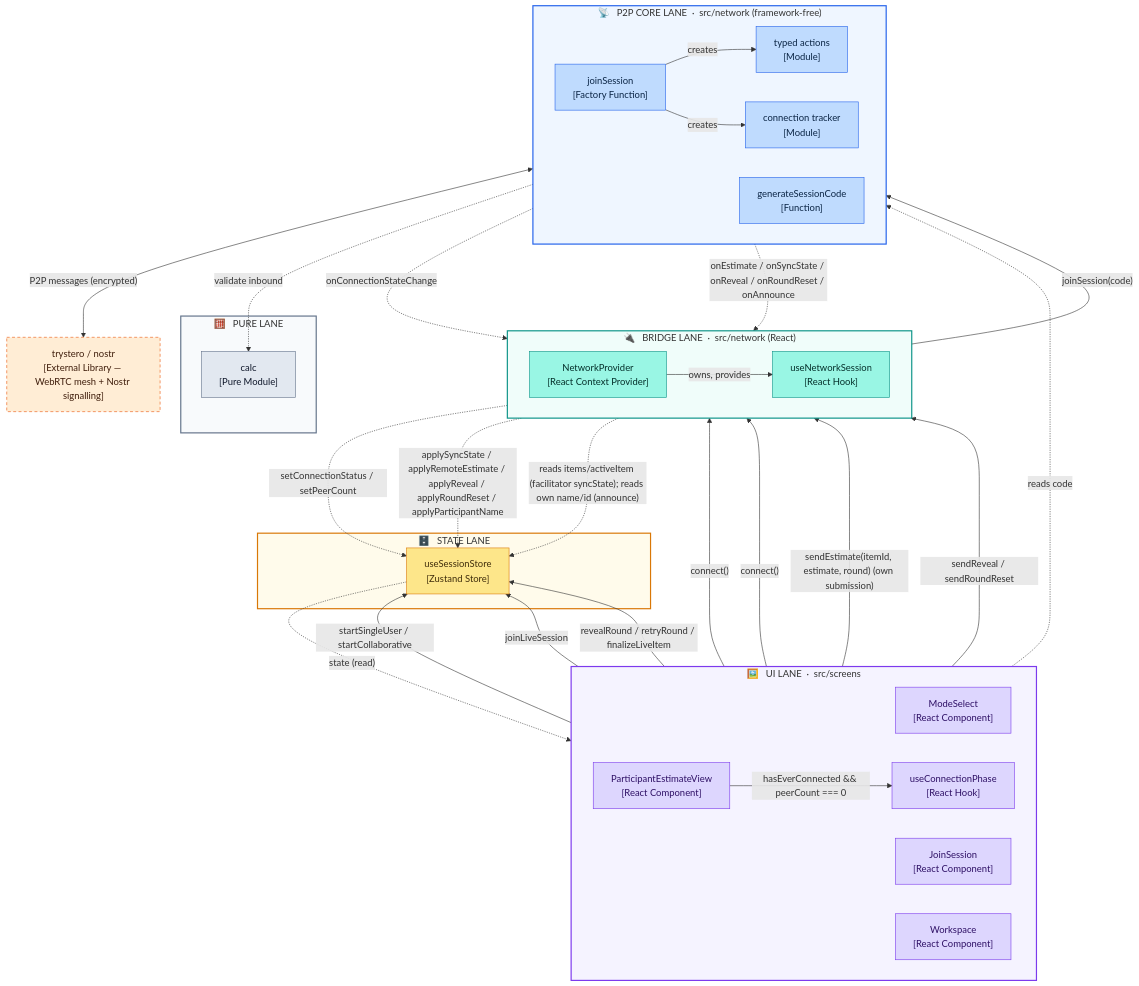
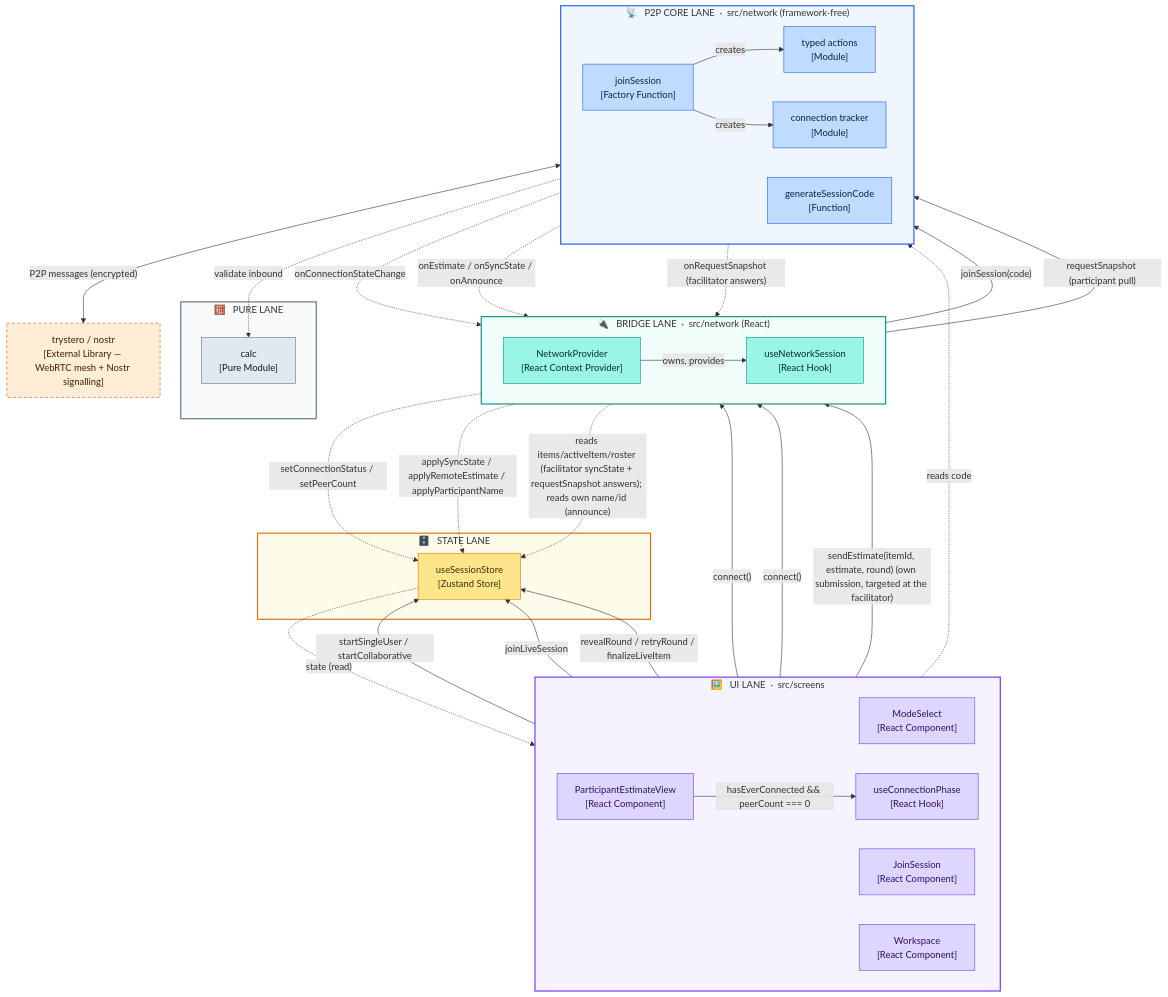
One commit to cfisch3r/estimate changed the first of 8 diagrams in docs/concepts/collaboration-mode.md. Above: the diagram before and after it, drawn with Mermaid. The commit also changed other lines of this file and 17 other files, not shown here.

First line of the commit message:
Facilitator-authoritative round state + values-free roster, pulled on connect (#67)

````diff
--- a/docs/concepts/collaboration-mode.md
+++ b/docs/concepts/collaboration-mode.md
@@ -23,81 +26,82 @@
 ```mermaid
 flowchart TD
   subgraph screens["🖼️ &nbsp; UI LANE &nbsp;·&nbsp; src/screens"]
     direction LR
     MS["ModeSelect<br/>[React Component]"]
     JS["JoinSession<br/>[React Component]"]
     PEV["ParticipantEstimateView<br/>[React Component]"]
     WS["Workspace<br/>[React Component]"]
     UCP["useConnectionPhase<br/>[React Hook]"]
   end
 
   subgraph statelane["🗄️ &nbsp; STATE LANE"]
     Store["useSessionStore<br/>[Zustand Store]"]
   end
 
   subgraph bridge["🔌 &nbsp; BRIDGE LANE &nbsp;·&nbsp; src/network (React)"]
     direction LR
     NP["NetworkProvider<br/>[React Context Provider]"]
     Hook["useNetworkSession<br/>[React Hook]"]
   end
 
   subgraph core["📡 &nbsp; P2P CORE LANE &nbsp;·&nbsp; src/network (framework-free)"]
     direction LR
     JSN["joinSession<br/>[Factory Function]"]
     Act["typed actions<br/>[Module]"]
     Conn["connection tracker<br/>[Module]"]
     Code["generateSessionCode<br/>[Function]"]
   end
 
   subgraph purelane["🧮 &nbsp; PURE LANE"]
     Calc["calc<br/>[Pure Module]"]
   end
 
   Trystero["trystero / nostr<br/>[External Library — WebRTC mesh + Nostr signalling]"]
 
   %% --- synchronous calls (solid) ---
   MS -->|"startSingleUser / startCollaborative"| Store
   JS -->|"joinLiveSession"| Store
   MS -->|"connect()"| Hook
   JS -->|"connect()"| Hook
   MS -.->|"reads code"| Code
   NP -->|"owns, provides"| Hook
   Hook -->|"joinSession(code)"| JSN
-  PEV -->|"sendEstimate(itemId, estimate, round) (own submission)"| Hook
+  PEV -->|"sendEstimate(itemId, estimate, round) (own submission, targeted at the facilitator)"| Hook
   WS -->|"revealRound / retryRound / finalizeLiveItem"| Store
-  WS -->|"sendReveal / sendRoundReset"| Hook
   JSN -->|"creates"| Act
   JSN -->|"creates"| Conn
   Act <-->|"P2P messages (encrypted)"| Trystero
   Act -.->|"validate inbound"| Calc
+  NP -->|"requestSnapshot (participant pull)"| Act
 
   %% --- asynchronous events / reads (dotted) ---
   Conn -.->|"onConnectionStateChange"| Hook
-  Act -.->|"onEstimate / onSyncState / onReveal / onRoundReset / onAnnounce"| NP
+  Act -.->|"onEstimate / onSyncState / onAnnounce"| NP
+  Act -.->|"onRequestSnapshot (facilitator answers)"| NP
   Hook -.->|"setConnectionStatus / setPeerCount"| Store
-  NP -.->|"applySyncState / applyRemoteEstimate / applyReveal / applyRoundReset / applyParticipantName"| Store
-  NP -.->|"reads items/activeItem (facilitator syncState); reads own name/id (announce)"| Store
+  NP -.->|"applySyncState / applyRemoteEstimate / applyParticipantName"| Store
+  NP -.->|"reads items/activeItem/roster (facilitator syncState + requestSnapshot answers); reads own name/id (announce)"| Store
   Store -.->|"state (read)"| screens
   PEV -->|"hasEverConnected && peerCount === 0"| UCP
 
   %% --- lane + node colours ---
   classDef ui     fill:#DDD6FE,stroke:#7C3AED,color:#2E1065
   classDef state  fill:#FDE68A,stroke:#D97706,color:#3F2D0B
   classDef br     fill:#99F6E4,stroke:#0D9488,color:#042F2A
   classDef pcore  fill:#BFDBFE,stroke:#2563EB,color:#0B2545
   classDef pure   fill:#E2E8F0,stroke:#64748B,color:#0F172A
   classDef ext    fill:#FFEDD5,stroke:#EA580C,color:#3F1D0B,stroke-dasharray:5 4
 
   class MS,JS,PEV,WS,UCP ui
   class Store state
   class NP,Hook br
   class JSN,Act,Conn,Code pcore
   class Calc pure
   class Trystero ext
 
   style screens   fill:#F5F3FF,stroke:#7C3AED,stroke-width:2px
   style statelane fill:#FFFBEB,stroke:#D97706,stroke-width:2px
   style bridge    fill:#F0FDFA,stroke:#0D9488,stroke-width:2px
   style core      fill:#EFF6FF,stroke:#2563EB,stroke-width:2px
   style purelane  fill:#F8FAFC,stroke:#64748B,stroke-width:2px
 ```
````
